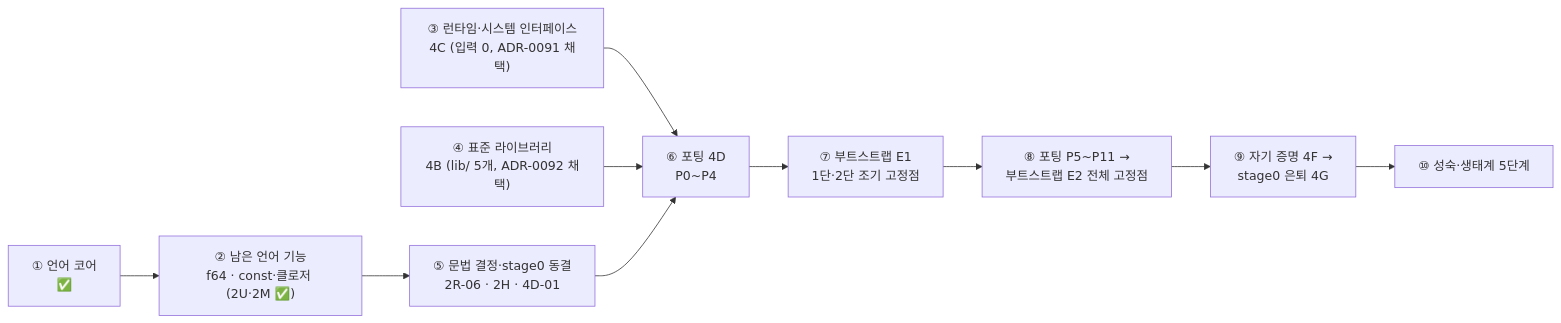
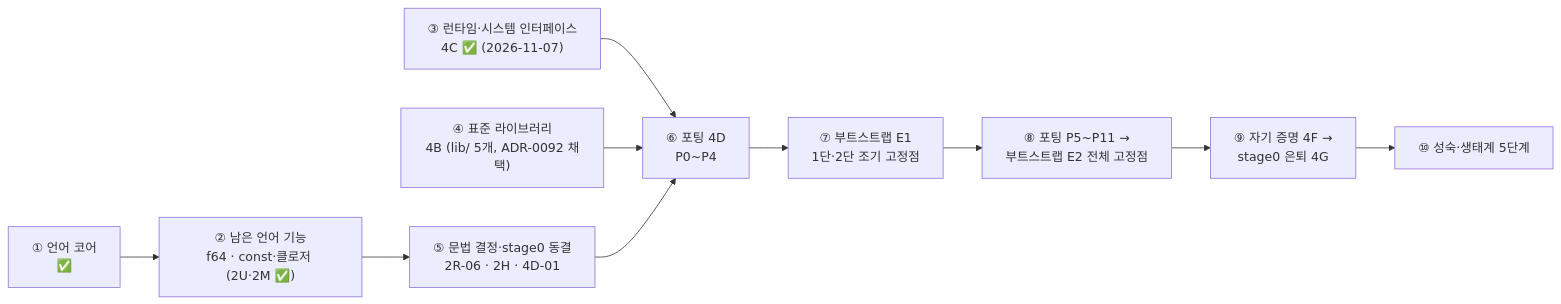
One commit to lang-bmb/lang-bmb changed the second of 3 diagrams in docs/ROADMAP.md. Above: the diagram before and after it, drawn with Mermaid. The commit also changed other lines of this file and 12 other files, not shown here.

````diff
--- a/docs/ROADMAP.md
+++ b/docs/ROADMAP.md
@@ -58,10 +58,10 @@
 ```mermaid
 flowchart LR
     L1["① 언어 코어<br/>✅"] --> L2["② 남은 언어 기능<br/>f64 · const·클로저 (2U·2M ✅)"]
     L2 --> L5
-    L3["③ 런타임·시스템 인터페이스<br/>4C (입력 0, ADR-0091 채택)"] --> L6
+    L3["③ 런타임·시스템 인터페이스<br/>4C ✅ (2026-11-07)"] --> L6
     L4["④ 표준 라이브러리<br/>4B (lib/ 5개, ADR-0092 채택)"] --> L6
     L5["⑤ 문법 결정·stage0 동결<br/>2R-06 · 2H · 4D-01"] --> L6["⑥ 포팅 4D<br/>P0~P4"]
     L6 --> L7["⑦ 부트스트랩 E1<br/>1단·2단 조기 고정점"] --> L8["⑧ 포팅 P5~P11 →<br/>부트스트랩 E2 전체 고정점"]
     L8 --> L9["⑨ 자기 증명 4F →<br/>stage0 은퇴 4G"] --> L10["⑩ 성숙·생태계 5단계"]
 ```
````
